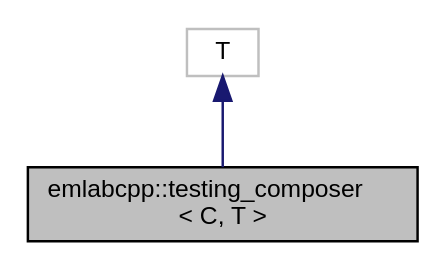
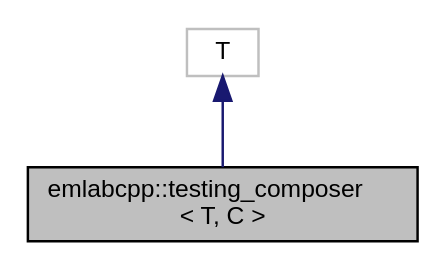
The diagram in classemlabcpp_1_1testing__composer__inherit__graph.dot (koniarik/emlabcpp), drawn with Graphviz before and after one commit. The commit also changed 646 other files, not shown here.

```diff
--- a/classemlabcpp_1_1testing__composer__inherit__graph.dot
+++ b/classemlabcpp_1_1testing__composer__inherit__graph.dot
@@ -1,9 +1,9 @@
-digraph "emlabcpp::testing_composer&lt; C, T &gt;"
+digraph "emlabcpp::testing_composer&lt; T, C &gt;"
 {
  // LATEX_PDF_SIZE
   edge [fontname="Helvetica",fontsize="10",labelfontname="Helvetica",labelfontsize="10"];
   node [fontname="Helvetica",fontsize="10",shape=record];
-  Node1 [label="emlabcpp::testing_composer\l\< C, T \>",height=0.2,width=0.4,color="black", fillcolor="grey75", style="filled", fontcolor="black",tooltip=" "];
+  Node1 [label="emlabcpp::testing_composer\l\< T, C \>",height=0.2,width=0.4,color="black", fillcolor="grey75", style="filled", fontcolor="black",tooltip=" "];
   Node2 -> Node1 [dir="back",color="midnightblue",fontsize="10",style="solid",fontname="Helvetica"];
   Node2 [label="T",height=0.2,width=0.4,color="grey75", fillcolor="white", style="filled",tooltip=" "];
 }
```
